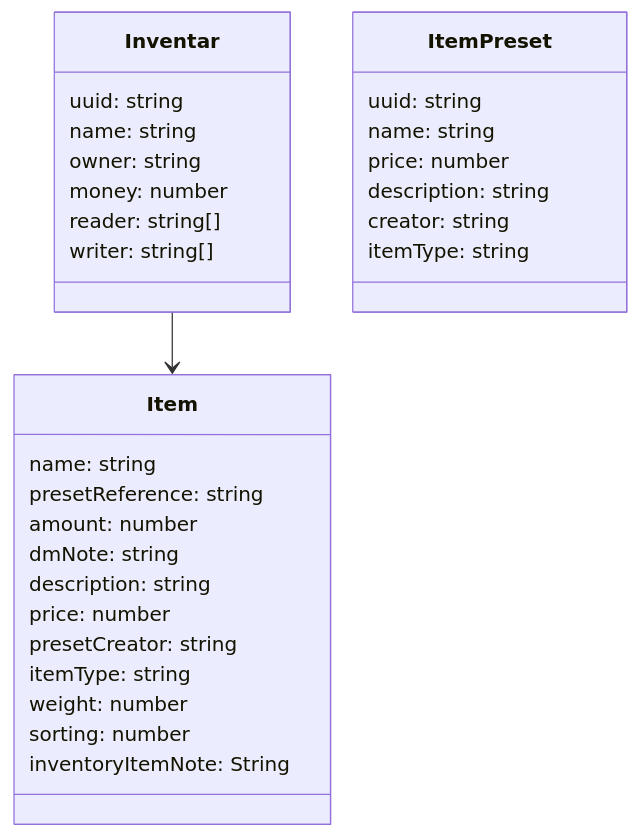
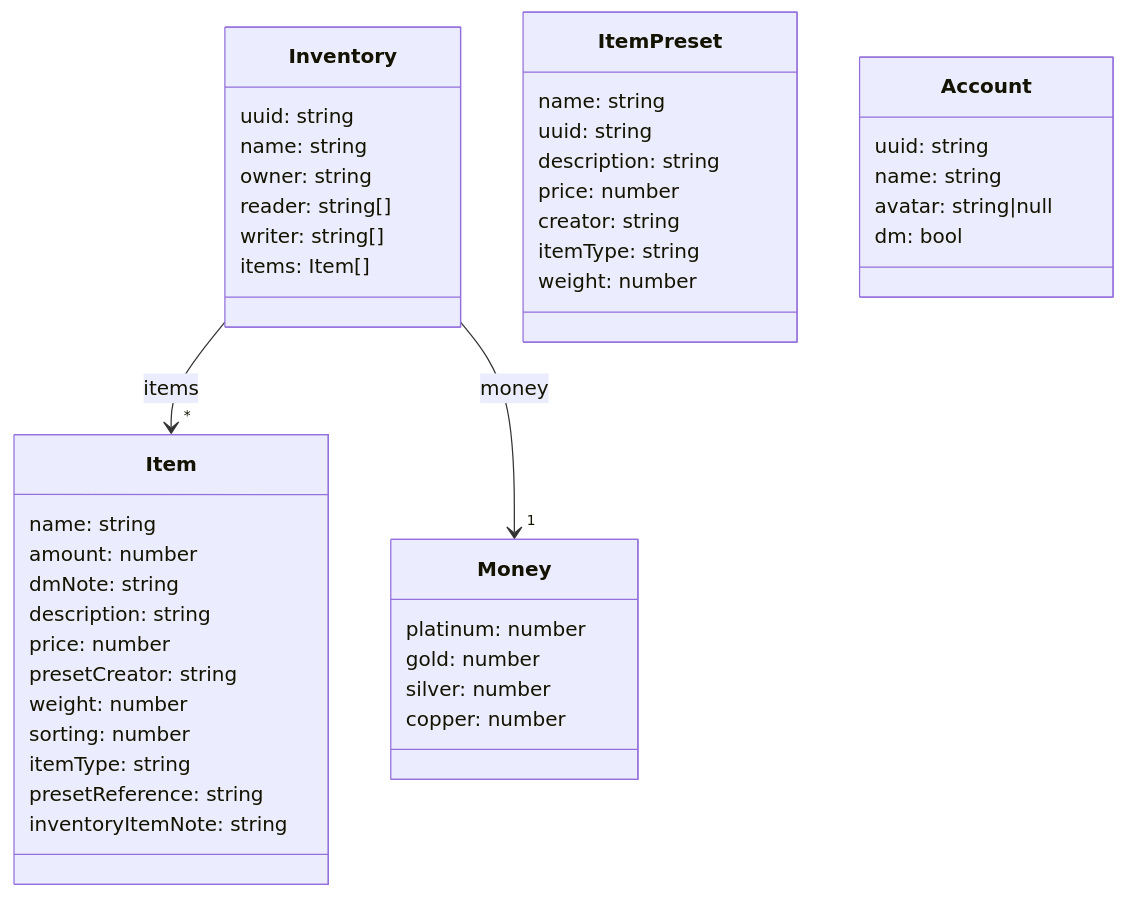
One commit to NamelessGroup/InventarWerk changed the first of 2 diagrams in README.md. Above: the diagram before and after it, drawn with Mermaid. The commit also changed other lines of this file, not shown here.

````diff
--- a/README.md
+++ b/README.md
@@ -49,36 +49,52 @@
 ```mermaid
 classDiagram
-    class Inventar {
+    class Inventory {
         uuid: string
         name: string
         owner: string
-        money: number
         reader: string[]
         writer: string[]
+        items: Item[]
     }
 
     class ItemPreset {
+        name: string
         uuid: string
-        name: string
+        description: string
         price: number
-        description: string
         creator: string
         itemType: string
+        weight: number
     }
 
     class Item {
         name: string
-        presetReference: string
         amount: number
         dmNote: string
         description: string
         price: number
         presetCreator: string
-        itemType: string
         weight: number
         sorting: number
-        inventoryItemNote: String
+        itemType: string
+        presetReference: string
+        inventoryItemNote: string
     }
 
-    Inventar --> Item
+    Inventory -->"*" Item: items
+    Inventory -->"1" Money: money
+
+    class Account {
+        uuid: string
+        name: string
+        avatar: string|null
+        dm: bool
+    }
+
+    class Money {
+        platinum: number
+        gold: number
+        silver: number
+        copper: number
+    }
 ```
````
